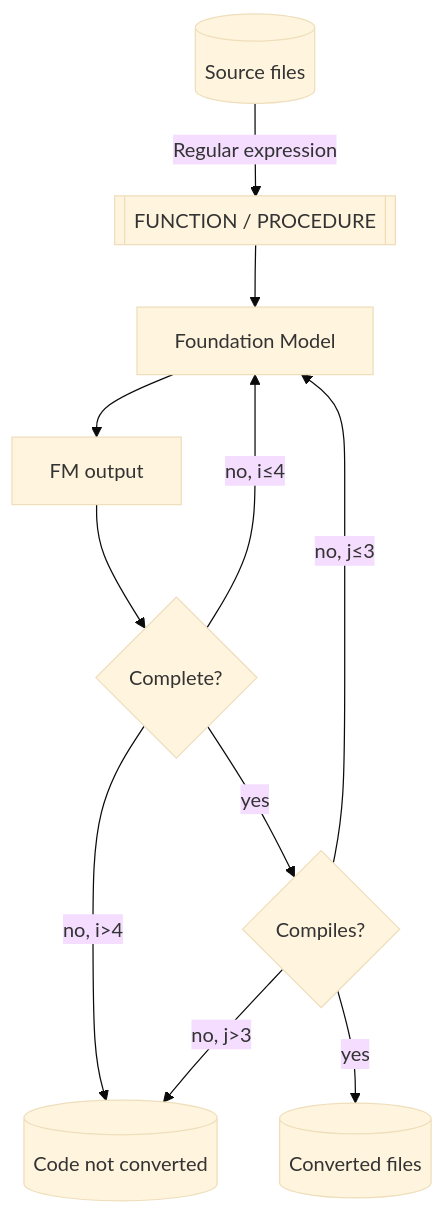
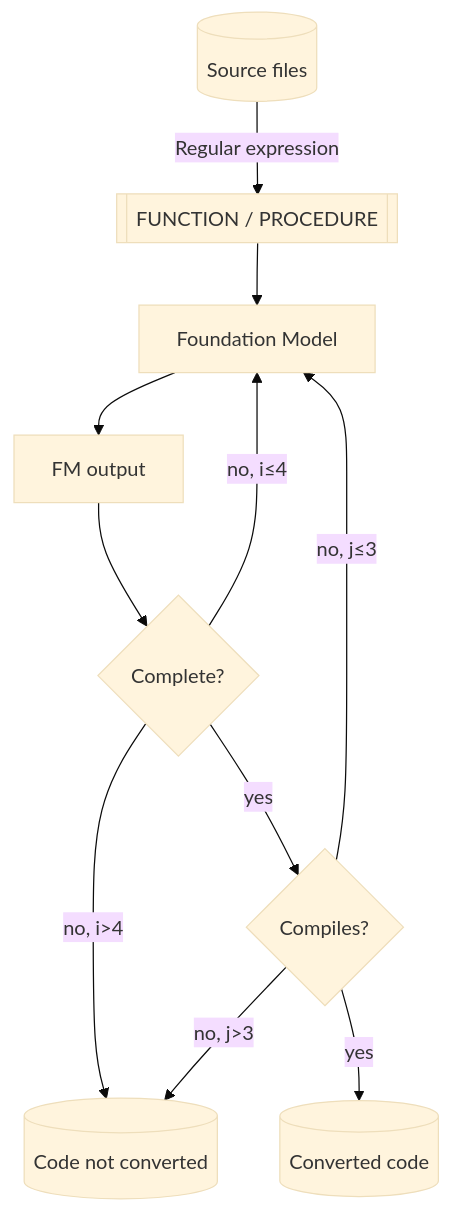
Before and after one commit to aws-samples/plsql2python-codellama-code-conversion: the diagram in README.md, drawn with Mermaid (base theme).

Commit message:
Minor change to the execution flow

````diff
--- a/README.md
+++ b/README.md
@@ -102,14 +102,14 @@
 ```mermaid
 flowchart TD
     source_files[("Source files")] -->|Regular expression|routine[["FUNCTION / PROCEDURE"]]
     routine --> FM
     FM["Foundation Model"] --> fm_output["FM output"]
     fm_output --> fm_output_complete{"Complete?"}
     fm_output_complete -->|no, i≤4|FM
     fm_output_complete -->|no, i>4|non_converted_files
     fm_output_complete -->|yes|compiles{"Compiles?"}
     compiles -->|no, j≤3|FM
     compiles -->|no, j>3|non_converted_files
-    compiles -->|yes|converted_files[("Converted files")]
+    compiles -->|yes|converted_files[("Converted code")]
     non_converted_files[("Code not converted")]
 ```
````
